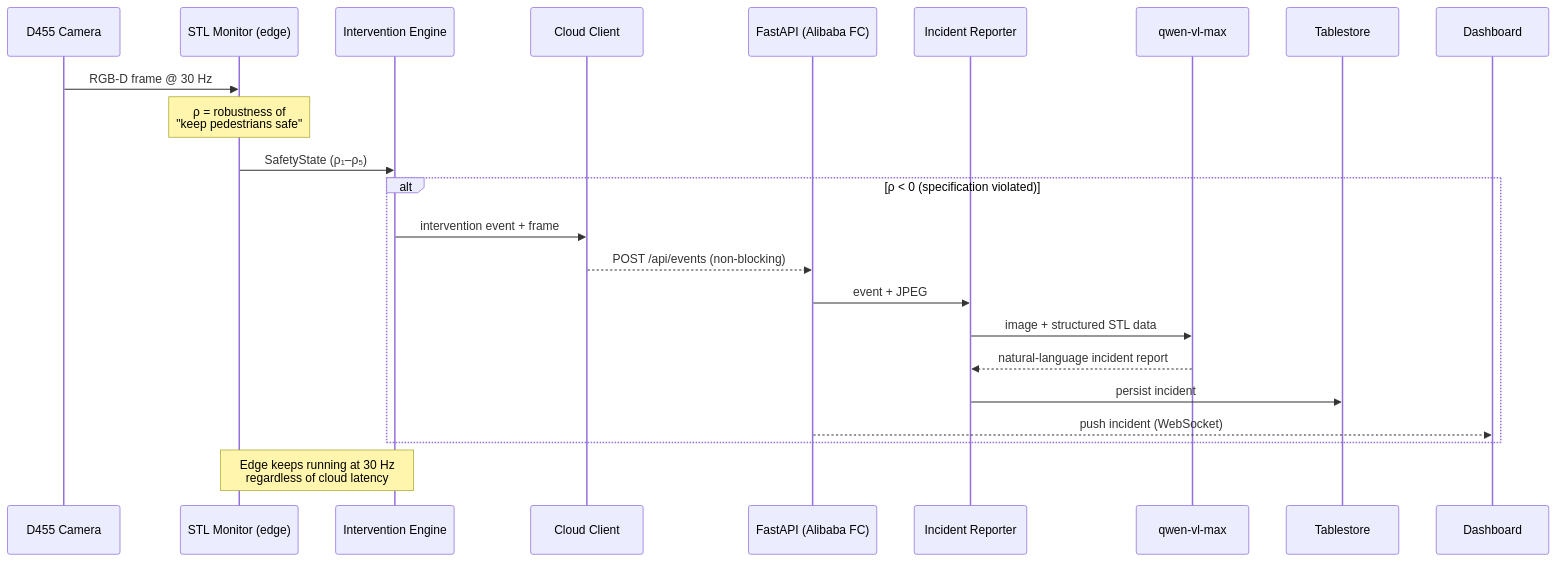
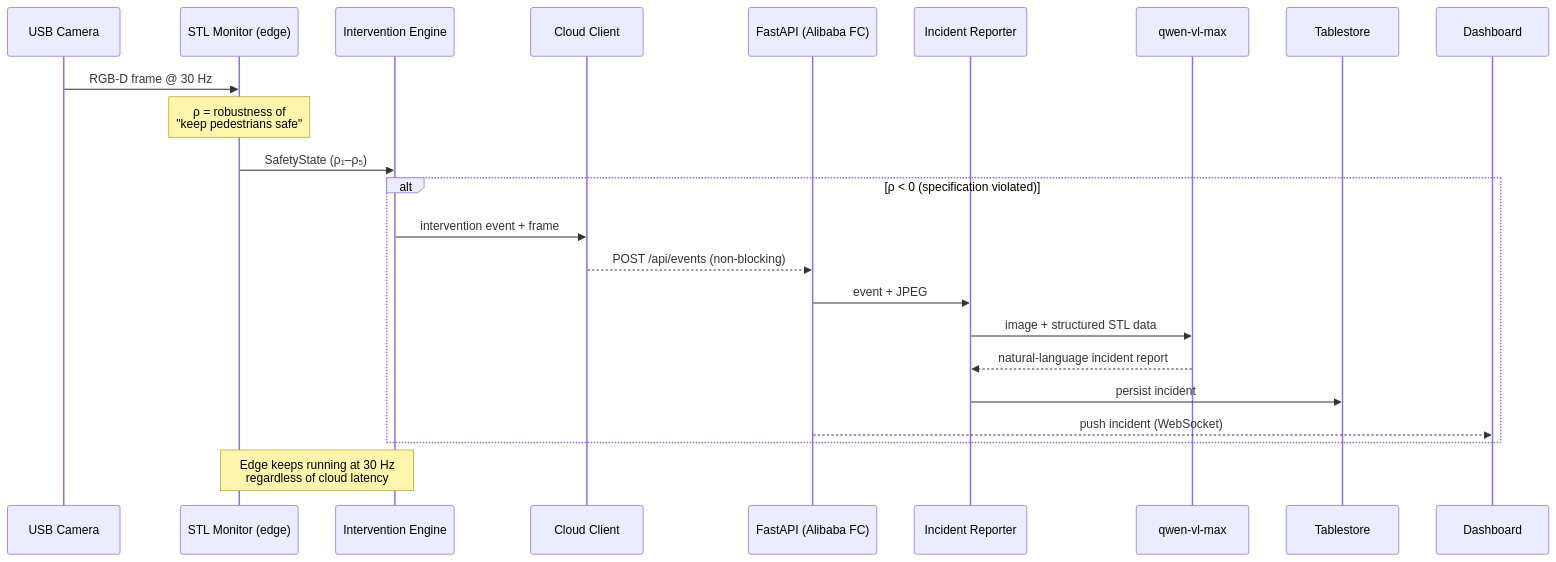
One commit to stanleyoz/safeEdge changed the second of 3 diagrams in docs/architecture.md. Above: the diagram before and after it, drawn with Mermaid. The commit also changed other lines of this file and 5 other files, not shown here.

First line of the commit message:
Document D455→USB camera pivot and add privacy/data-handling section

````diff
--- a/docs/architecture.md
+++ b/docs/architecture.md
@@ -83,26 +83,26 @@
 ```mermaid
 sequenceDiagram
-    participant CAM as D455 Camera
+    participant CAM as USB Camera
     participant STL as STL Monitor (edge)
     participant INT as Intervention Engine
     participant CC as Cloud Client
     participant API as FastAPI (Alibaba FC)
     participant IR as Incident Reporter
     participant QVL as qwen-vl-max
     participant DB as Tablestore
     participant UI as Dashboard
 
     CAM->>STL: RGB-D frame @ 30 Hz
     Note over STL: ρ = robustness of<br/>"keep pedestrians safe"
     STL->>INT: SafetyState (ρ₁–ρ₅)
     alt ρ < 0  (specification violated)
         INT->>CC: intervention event + frame
         CC-->>API: POST /api/events (non-blocking)
         API->>IR: event + JPEG
         IR->>QVL: image + structured STL data
         QVL-->>IR: natural-language incident report
         IR->>DB: persist incident
         API-->>UI: push incident (WebSocket)
     end
     Note over STL,INT: Edge keeps running at 30 Hz<br/>regardless of cloud latency
 ```
````
